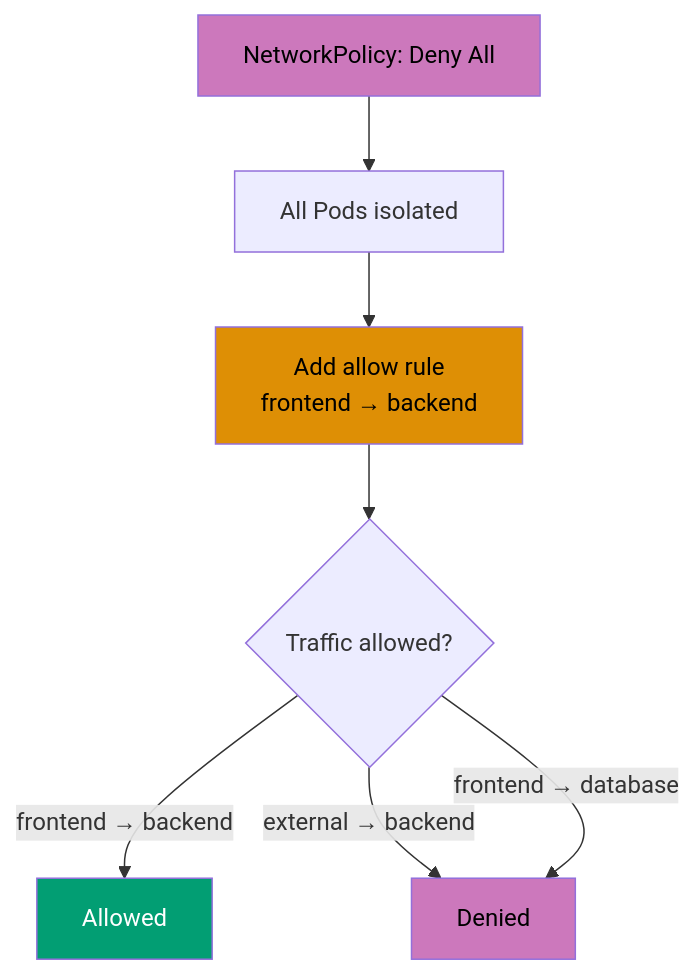
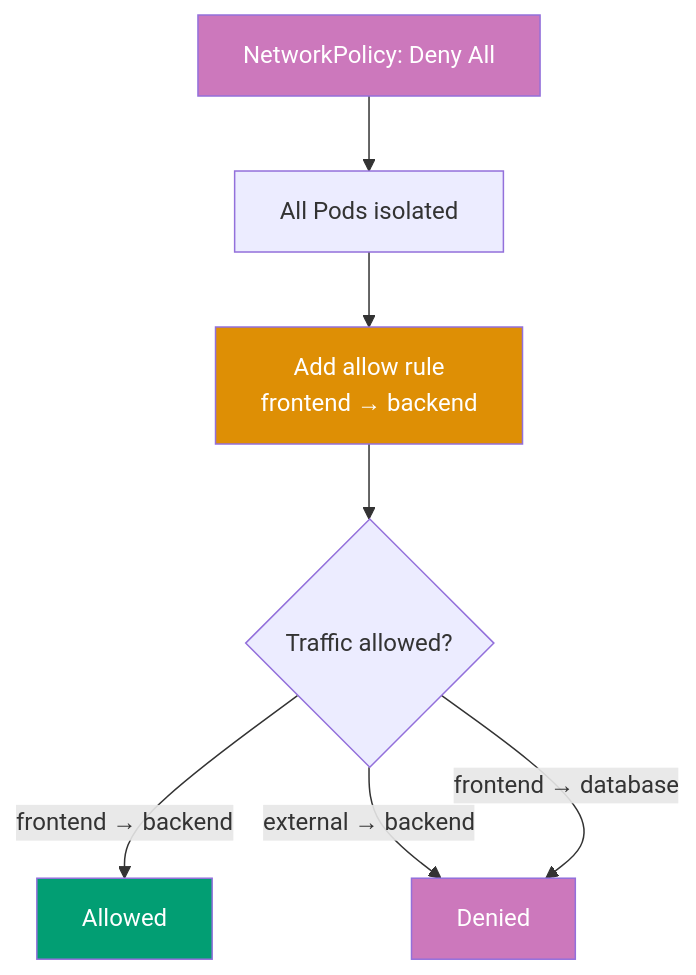
One commit to wahidyankf/open-sharia-enterprise changed the third of 14 diagrams in apps/ayokoding-web/content/en/learn/software-engineering/infrastructure/tools/kubernetes/by-example/advanced.md. Above: the diagram before and after it, drawn with Mermaid. The commit also changed other lines of this file and 61 other files, not shown here.

First line of the commit message:
fix(ayokoding-web): quote Mermaid node labels with special characters in Example 63

````diff
--- a/apps/ayokoding-web/content/en/learn/software-engineering/infrastructure/tools/kubernetes/by-example/advanced.md
+++ b/apps/ayokoding-web/content/en/learn/software-engineering/infrastructure/tools/kubernetes/by-example/advanced.md
@@ -1125,15 +1125,15 @@
 ```mermaid
 %% Default deny with explicit allow
 graph TD
     A[NetworkPolicy: Deny All] --> B[All Pods isolated]
     B --> C[Add allow rule<br/>frontend → backend]
     C --> D{Traffic allowed?}
     D -->|frontend → backend| E[Allowed]
     D -->|external → backend| F[Denied]
     D -->|frontend → database| F
 
-    style A fill:#CC78BC,color:#000
-    style C fill:#DE8F05,color:#000
+    style A fill:#CC78BC,color:#fff
+    style C fill:#DE8F05,color:#fff
     style E fill:#029E73,color:#fff
-    style F fill:#CC78BC,color:#000
+    style F fill:#CC78BC,color:#fff
 ```
````
